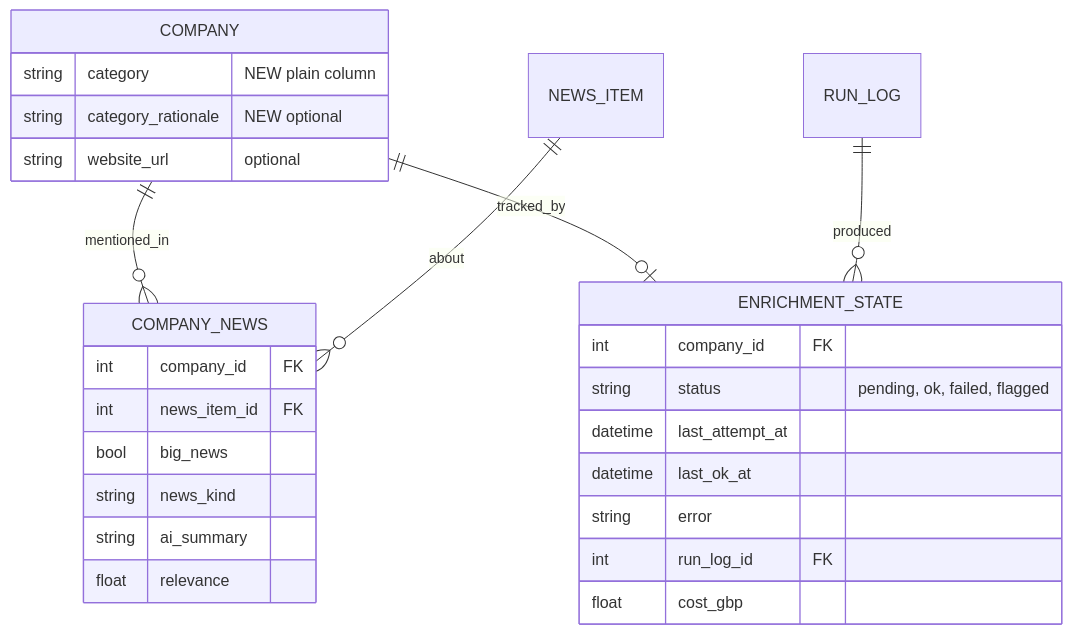
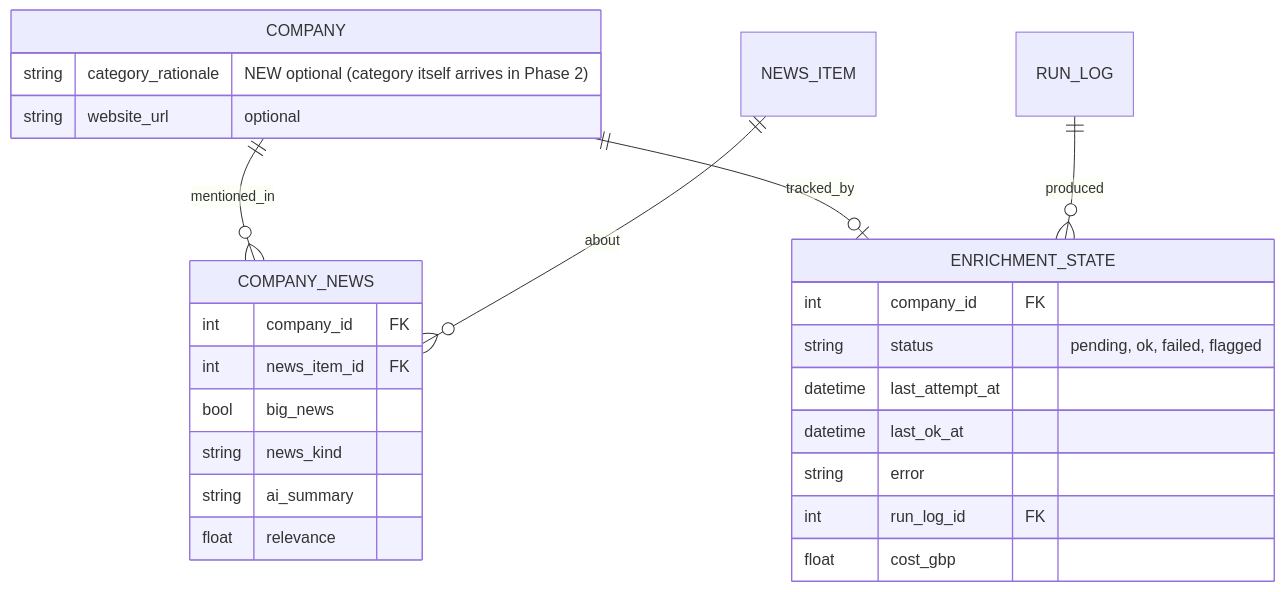
Before and after one commit to Farzaanee/sprout: diagram 12 of 12 in docs/architecture.md, drawn with Mermaid. The commit also changed other lines of this file and 17 other files, not shown here.

````diff
--- a/docs/architecture.md
+++ b/docs/architecture.md
@@ -515,29 +632,28 @@
 ```mermaid
 erDiagram
     COMPANY ||--o{ COMPANY_NEWS : mentioned_in
     NEWS_ITEM ||--o{ COMPANY_NEWS : about
     COMPANY ||--o| ENRICHMENT_STATE : tracked_by
     RUN_LOG ||--o{ ENRICHMENT_STATE : produced
     COMPANY {
-        string category "NEW plain column"
-        string category_rationale "NEW optional"
+        string category_rationale "NEW optional (category itself arrives in Phase 2)"
         string website_url "optional"
     }
     COMPANY_NEWS {
         int company_id FK
         int news_item_id FK
         bool big_news
         string news_kind
         string ai_summary
         float relevance
     }
     ENRICHMENT_STATE {
         int company_id FK
         string status "pending, ok, failed, flagged"
         datetime last_attempt_at
         datetime last_ok_at
         string error
         int run_log_id FK
         float cost_gbp
     }
 ```
````
